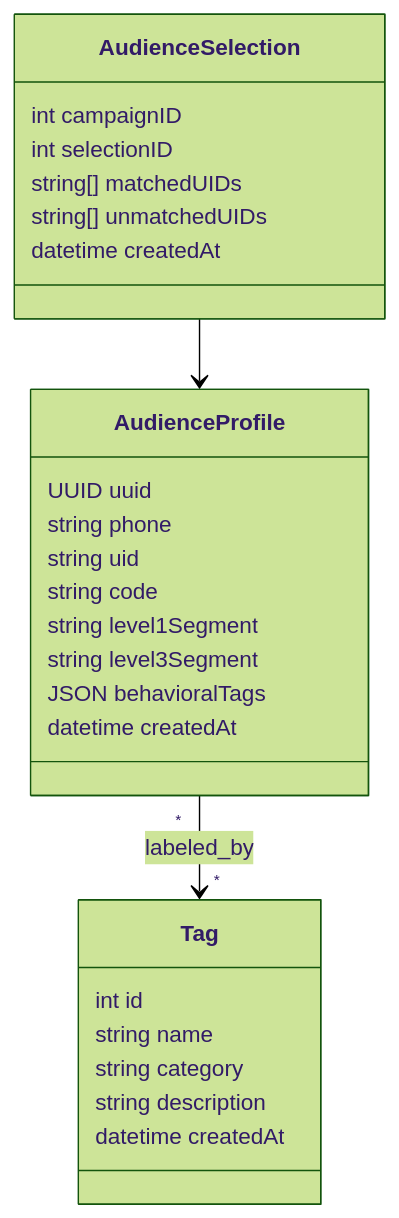
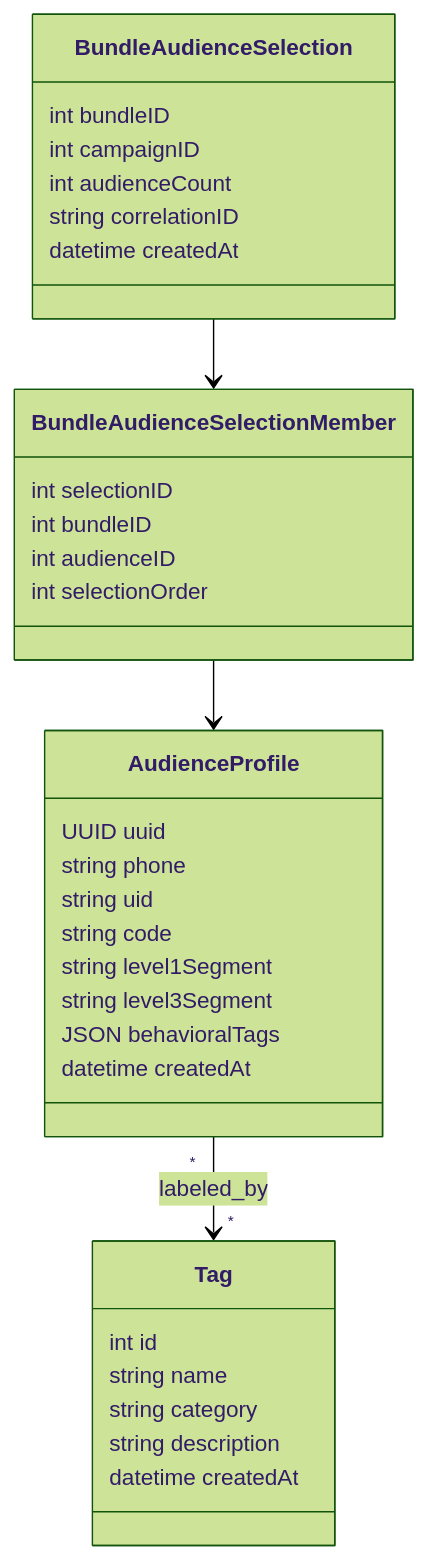
One commit to amirphl/Yamata-no-Orochi changed the fourth of 6 diagrams in pitch/04-data-model.md. Above: the diagram before and after it, drawn with Mermaid (forest theme).

Commit message:
Update data model for ordered audience attribution

````diff
--- a/pitch/04-data-model.md
+++ b/pitch/04-data-model.md
@@ -152,32 +152,40 @@
 ```mermaid
 classDiagram
     class AudienceProfile {
         UUID uuid
         string phone
         string uid
         string code
         string level1Segment
         string level3Segment
         JSON behavioralTags
         datetime createdAt
     }
 
     class Tag {
         int id
         string name
         string category
         string description
         datetime createdAt
     }
 
-    class AudienceSelection {
-        int campaignID
-        int selectionID
-        string[] matchedUIDs
-        string[] unmatchedUIDs
-        datetime createdAt
-    }
+    class BundleAudienceSelection {
+		int bundleID
+		int campaignID
+		int audienceCount
+		string correlationID
+		datetime createdAt
+	}
 
-    AudienceProfile "*" --> "*" Tag : labeled_by
-    AudienceSelection --> AudienceProfile
+	class BundleAudienceSelectionMember {
+		int selectionID
+		int bundleID
+		int audienceID
+		int selectionOrder
+	}
+
+	AudienceProfile "*" --> "*" Tag : labeled_by
+	BundleAudienceSelection --> BundleAudienceSelectionMember
+	BundleAudienceSelectionMember --> AudienceProfile
 ```
````
